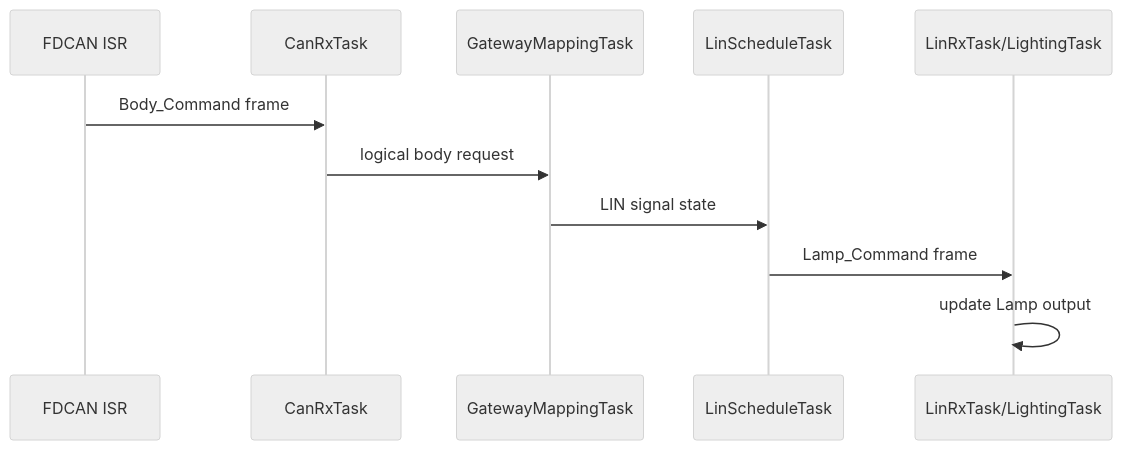
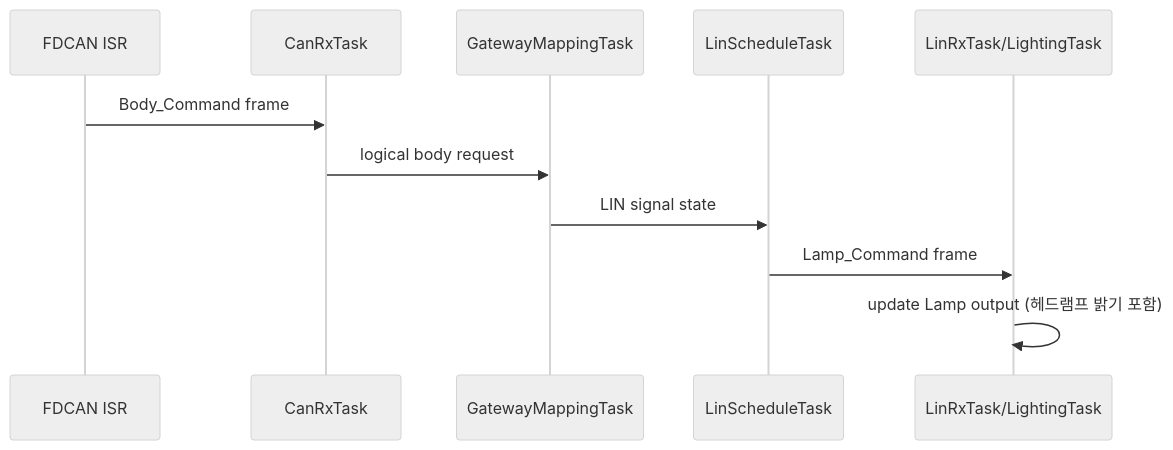
The second of 4 diagrams in docs/ecus/Lighting_LIN_CAN/ARCHITECTURE.md (sunmaan22/SDV_MCU_Project), drawn with Mermaid (neutral theme) before and after one commit. The commit also changed other lines of this file and 28 other files, not shown here.

````diff
--- a/docs/ecus/Lighting_LIN_CAN/ARCHITECTURE.md
+++ b/docs/ecus/Lighting_LIN_CAN/ARCHITECTURE.md
@@ -243,13 +241,13 @@
 ```mermaid
 sequenceDiagram
     participant CAN as FDCAN ISR
     participant CRX as CanRxTask
     participant MAP as GatewayMappingTask
     participant LIN as LinScheduleTask
     participant SL as LinRxTask/LightingTask
     CAN->>CRX: Body_Command frame
     CRX->>MAP: logical body request
     MAP->>LIN: LIN signal state
     LIN->>SL: Lamp_Command frame
-    SL->>SL: update Lamp output
+    SL->>SL: update Lamp output (헤드램프 밝기 포함)
 ```
````
